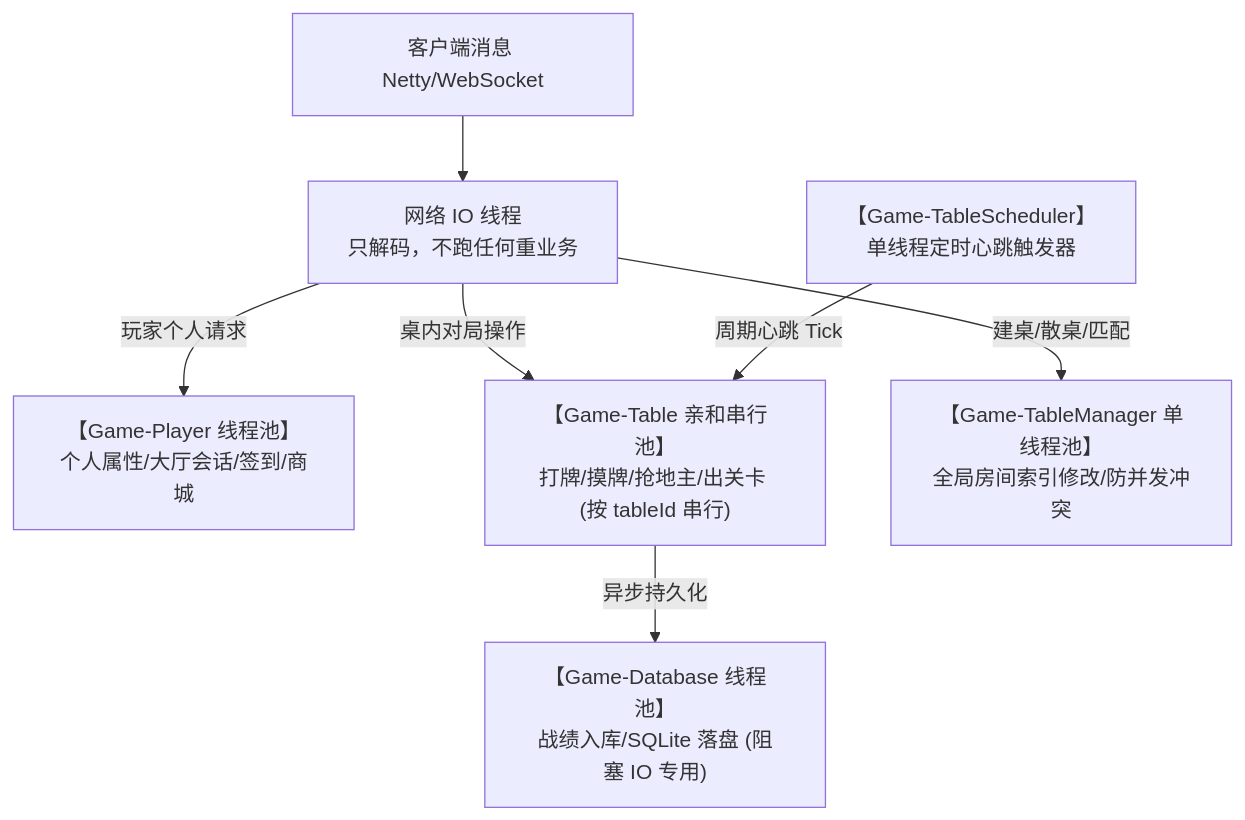
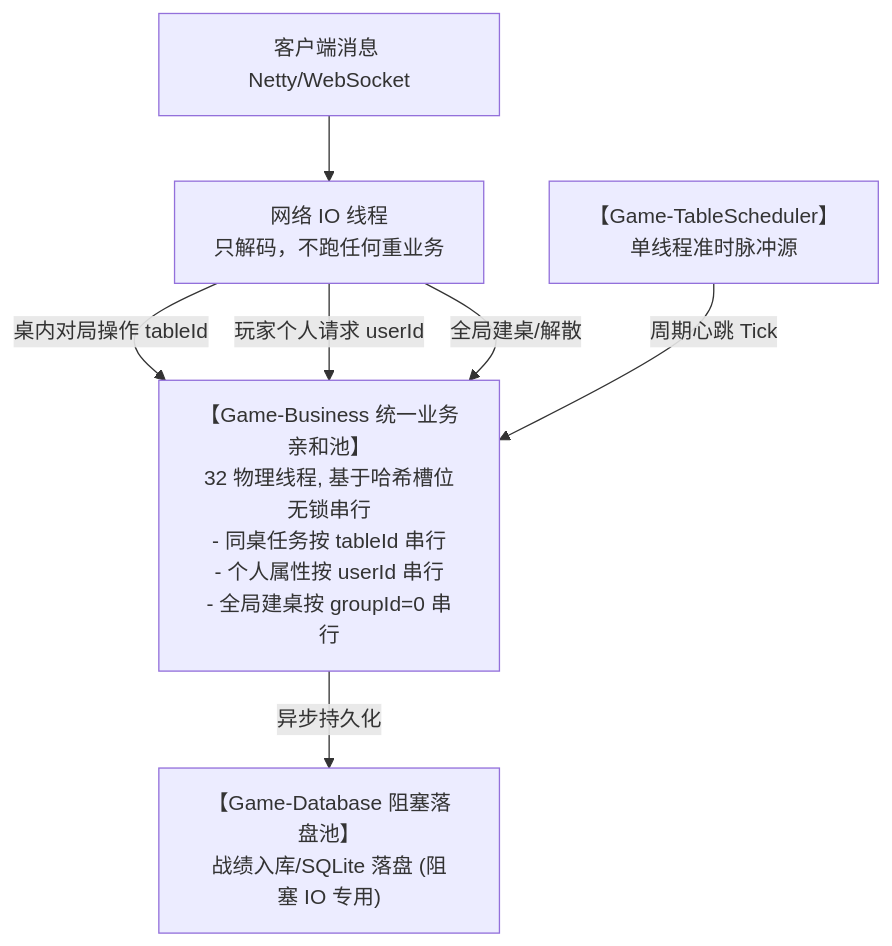
One commit to cloudHui/game-server changed the first of 2 diagrams in utils/threadtutil使用说明.md. Above: the diagram before and after it, drawn with Mermaid. The commit also changed other lines of this file and 7 other files, not shown here.

````diff
--- a/utils/threadtutil使用说明.md
+++ b/utils/threadtutil使用说明.md
@@ -25,12 +26,12 @@
 ```mermaid
 graph TD
     Client[客户端消息 Netty/WebSocket] --> NettyIO[网络 IO 线程<br/>只解码，不跑任何重业务]
     
-    NettyIO -->|玩家个人请求| PlayerPool["【Game-Player 线程池】<br/>个人属性/大厅会话/签到/商城"]
-    NettyIO -->|桌内对局操作| TablePool["【Game-Table 亲和串行池】<br/>打牌/摸牌/抢地主/出关卡 (按 tableId 串行)"]
-    NettyIO -->|建桌/散桌/匹配| MgrPool["【Game-TableManager 单线程池】<br/>全局房间索引修改/防并发冲突"]
+    NettyIO -->|桌内对局操作 tableId| BusinessPool["【Game-Business 统一业务亲和池】<br/>32 物理线程, 基于哈希槽位无锁串行<br/>- 同桌任务按 tableId 串行<br/>- 个人属性按 userId 串行<br/>- 全局建桌按 groupId=0 串行"]
+    NettyIO -->|玩家个人请求 userId| BusinessPool
+    NettyIO -->|全局建桌/解散| BusinessPool
     
-    Scheduler["【Game-TableScheduler】<br/>单线程定时心跳触发器"] -->|周期心跳 Tick| TablePool
+    Scheduler["【Game-TableScheduler】<br/>单线程准时脉冲源"] -->|周期心跳 Tick| BusinessPool
     
-    TablePool -->|异步持久化| DBPool["【Game-Database 线程池】<br/>战绩入库/SQLite 落盘 (阻塞 IO 专用)"]
+    BusinessPool -->|异步持久化| DBPool["【Game-Database 阻塞落盘池】<br/>战绩入库/SQLite 落盘 (阻塞 IO 专用)"]
 ```
````
